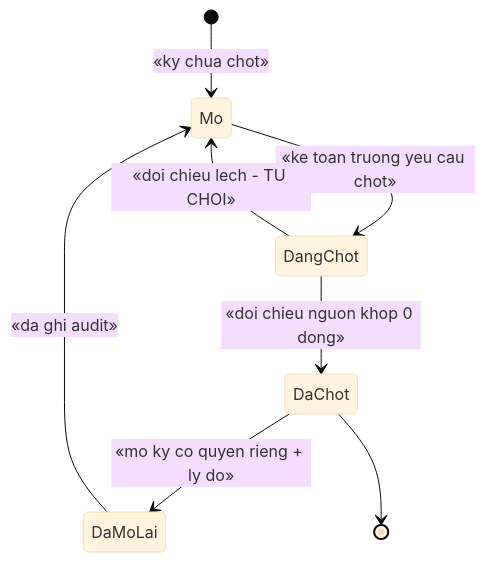
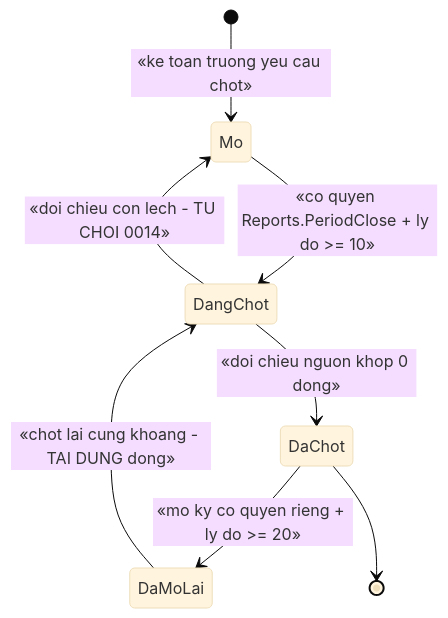
Before and after one commit to hungnt9801/eCommerce: the fourth of 7 diagrams in docs/features/reporting/rep-001-read-model-job-tong-hop.md, drawn with Mermaid (base theme). The commit also changed other lines of this file and 2 other files, not shown here.

First line of the commit message:
docs(reporting): N89 - W26-2 SRS v0.4 dong bo arch/code + D-275

````diff
--- a/docs/features/reporting/rep-001-read-model-job-tong-hop.md
+++ b/docs/features/reporting/rep-001-read-model-job-tong-hop.md
@@ -219,10 +219,10 @@
 ```mermaid
 stateDiagram-v2
-    [*] --> Mo : «ky chua chot»
-    Mo --> DangChot : «ke toan truong yeu cau chot»
+    [*] --> Mo : «ke toan truong yeu cau chot»
+    Mo --> DangChot : «co quyen Reports.PeriodClose + ly do >= 10»
     DangChot --> DaChot : «doi chieu nguon khop 0 dong»
-    DangChot --> Mo : «doi chieu lech - TU CHOI»
-    DaChot --> DaMoLai : «mo ky co quyen rieng + ly do»
-    DaMoLai --> Mo : «da ghi audit»
+    DangChot --> Mo : «doi chieu con lech - TU CHOI 0014»
+    DaChot --> DaMoLai : «mo ky co quyen rieng + ly do >= 20»
+    DaMoLai --> DangChot : «chot lai cung khoang - TAI DUNG dong»
     DaChot --> [*]
 ```
````
